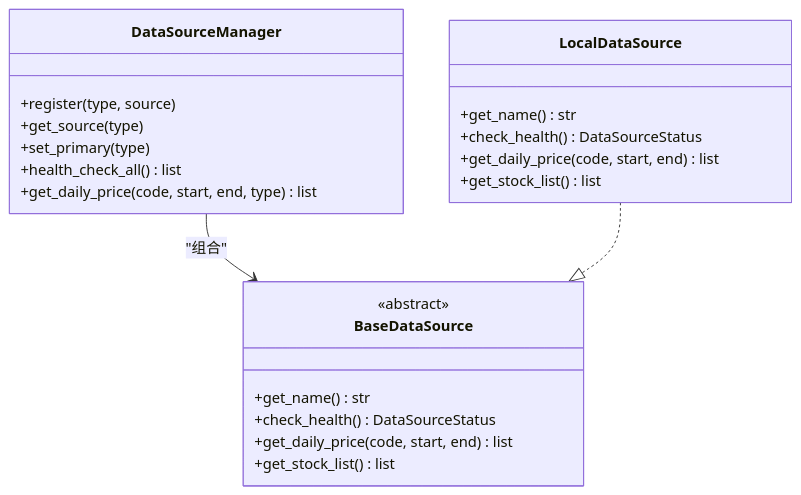
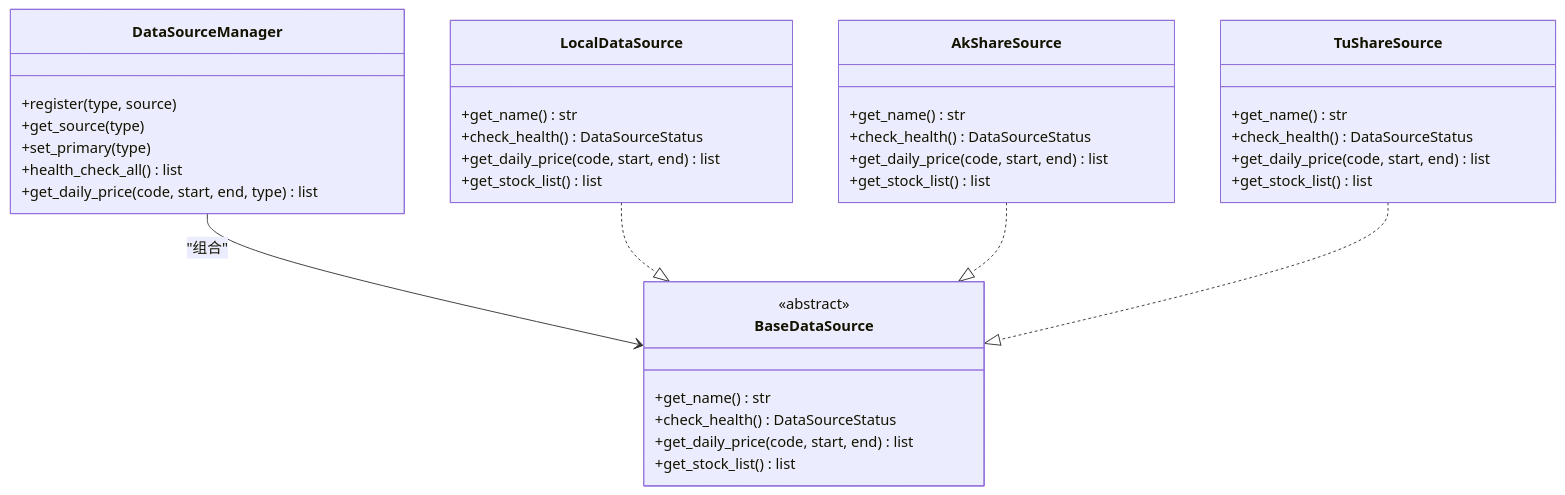
The third of 12 diagrams in .qoder/repowiki/zh/content/六部职能模块/六部职能模块.md (Magicer2024/AIQuant), drawn with Mermaid before and after one commit. The commit also changed other lines of this file and 62 other files, not shown here.

First line of the commit message:
refactor: migrate modules to 六部 ministries architecture

````diff
--- a/.qoder/repowiki/zh/content/六部职能模块/六部职能模块.md
+++ b/.qoder/repowiki/zh/content/六部职能模块/六部职能模块.md
@@ -229,25 +279,39 @@
 ```mermaid
 classDiagram
 class DataSourceManager {
 +register(type, source)
 +get_source(type)
 +set_primary(type)
 +health_check_all() list
 +get_daily_price(code, start, end, type) list
 }
 class BaseDataSource {
 <<abstract>>
 +get_name() str
 +check_health() DataSourceStatus
 +get_daily_price(code, start, end) list
 +get_stock_list() list
 }
 class LocalDataSource {
 +get_name() str
 +check_health() DataSourceStatus
 +get_daily_price(code, start, end) list
 +get_stock_list() list
 }
+class AkShareSource {
++get_name() str
++check_health() DataSourceStatus
++get_daily_price(code, start, end) list
++get_stock_list() list
+}
+class TuShareSource {
++get_name() str
++check_health() DataSourceStatus
++get_daily_price(code, start, end) list
++get_stock_list() list
+}
 DataSourceManager --> BaseDataSource : "组合"
 LocalDataSource ..|> BaseDataSource
+AkShareSource ..|> BaseDataSource
+TuShareSource ..|> BaseDataSource
 ```
````
